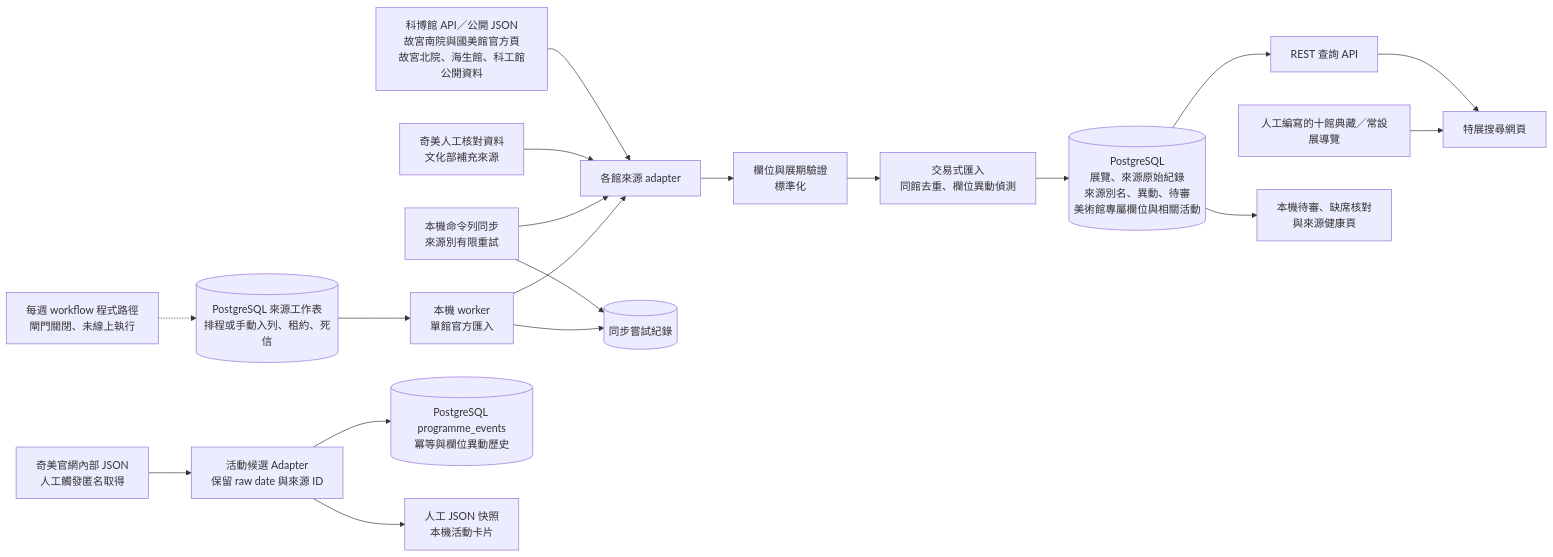
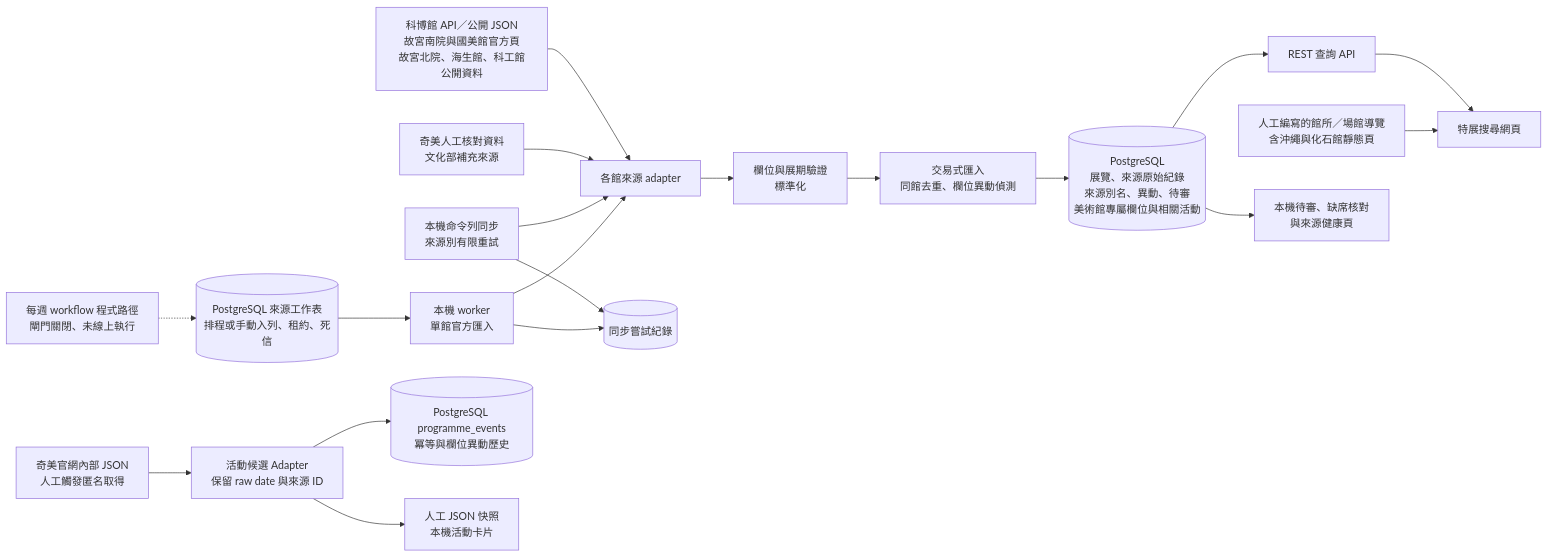
The first of 2 diagrams in docs/architecture.md (AndyLinStrongtyping/event-radar), drawn with Mermaid before and after one commit. The commit also changed other lines of this file and 13 other files, not shown here.

Commit message:
docs: complete phase 8 portfolio and architecture handoff

````diff
--- a/docs/architecture.md
+++ b/docs/architecture.md
@@ -25,21 +25,21 @@
 ```mermaid
 flowchart LR
     A["科博館 API／公開 JSON<br/>故宮南院與國美館官方頁<br/>故宮北院、海生館、科工館公開資料"] --> B["各館來源 adapter"]
     C["奇美人工核對資料<br/>文化部補充來源"] --> B
     B --> D["欄位與展期驗證<br/>標準化"]
     D --> E["交易式匯入<br/>同館去重、欄位異動偵測"]
     E --> F[("PostgreSQL<br/>展覽、來源原始紀錄<br/>來源別名、異動、待審<br/>美術館專屬欄位與相關活動")]
     G["本機命令列同步<br/>來源別有限重試"] --> B
     G --> H[("同步嘗試紀錄")]
     S["每週 workflow 程式路徑<br/>閘門關閉、未線上執行"] -.-> Q
     Q[("PostgreSQL 來源工作表<br/>排程或手動入列、租約、死信")] --> W["本機 worker<br/>單館官方匯入"]
     W --> B
     W --> H
     F --> I["REST 查詢 API"]
     I --> J["特展搜尋網頁"]
-    K["人工編寫的十館典藏／常設展導覽"] --> J
+    K["人工編寫的館所／場館導覽<br/>含沖繩與化石館靜態頁"] --> J
     F --> L["本機待審、缺席核對<br/>與來源健康頁"]
     M["奇美官網內部 JSON<br/>人工觸發匿名取得"] --> N["活動候選 Adapter<br/>保留 raw date 與來源 ID"]
     N --> O[("PostgreSQL programme_events<br/>冪等與欄位異動歷史")]
     N --> P["人工 JSON 快照<br/>本機活動卡片"]
 ```
````
